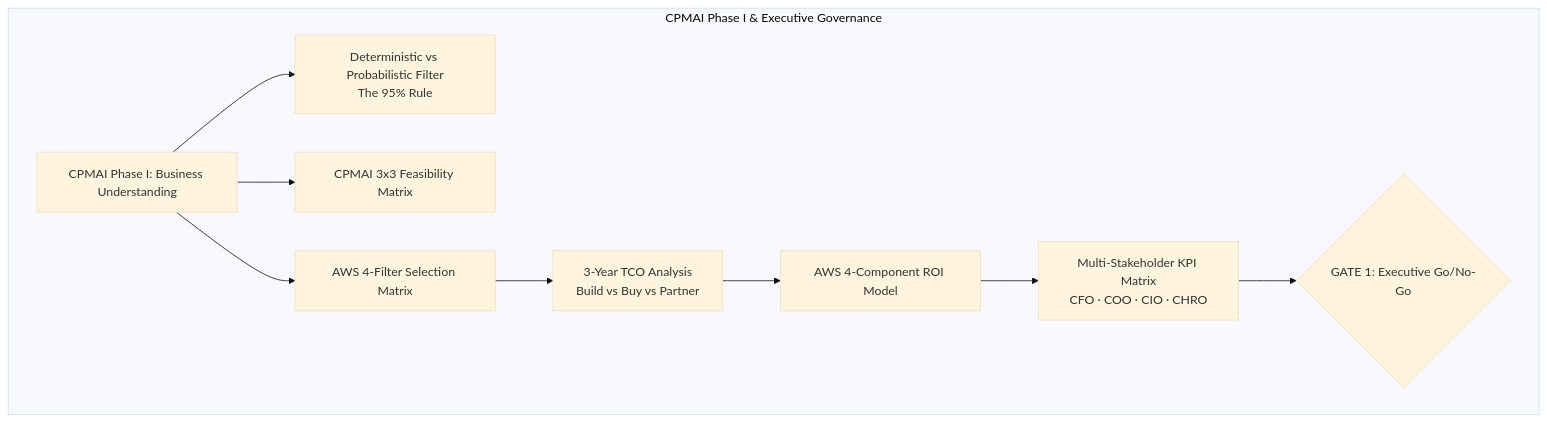
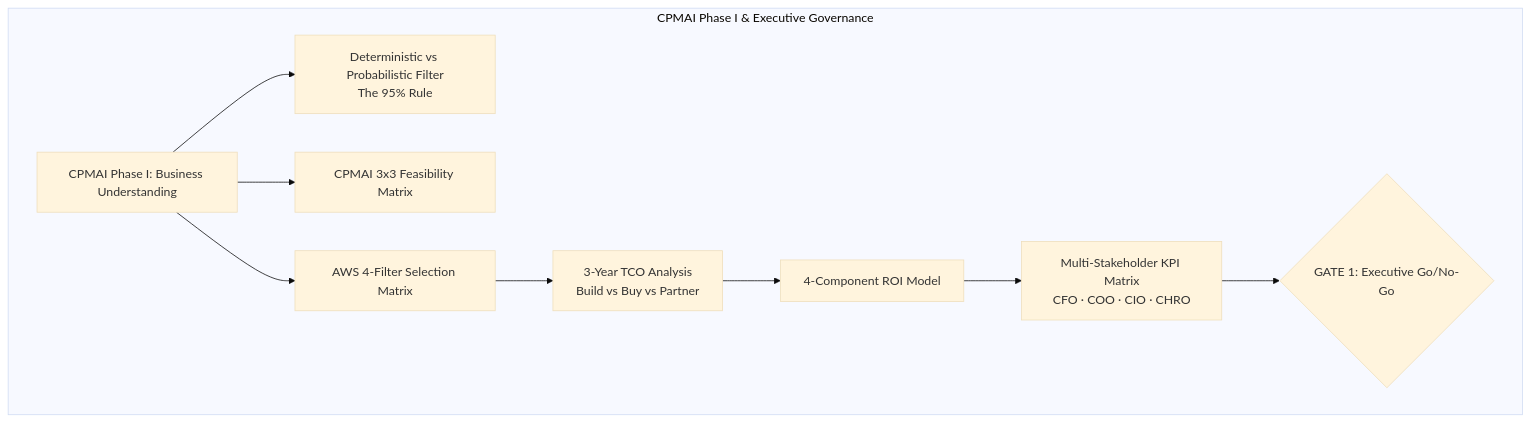
Before and after one commit to maralackdavid/maralackdavid: the diagram in README.md, drawn with Mermaid (base theme).

Commit message:
Update ROI reference in TCO section of README

````diff
--- a/README.md
+++ b/README.md
@@ -19,13 +19,13 @@
 ```mermaid
 graph TD
     subgraph CPMAI Phase I & Executive Governance
         BN[CPMAI Phase I: Business Understanding] --> DetFilter[Deterministic vs Probabilistic Filter\nThe 95% Rule]
         BN --> Feas[CPMAI 3x3 Feasibility Matrix]
         BN --> Alignment[AWS 4-Filter Selection Matrix]
         
         Alignment --> TCO[3-Year TCO Analysis\nBuild vs Buy vs Partner]
-        TCO --> ROI[AWS 4-Component ROI Model]
+        TCO --> ROI[4-Component ROI Model]
         ROI --> KPI[Multi-Stakeholder KPI Matrix\nCFO · COO · CIO · CHRO]
         KPI --> Gate1{GATE 1: Executive Go/No-Go}
     end
 ```
````
